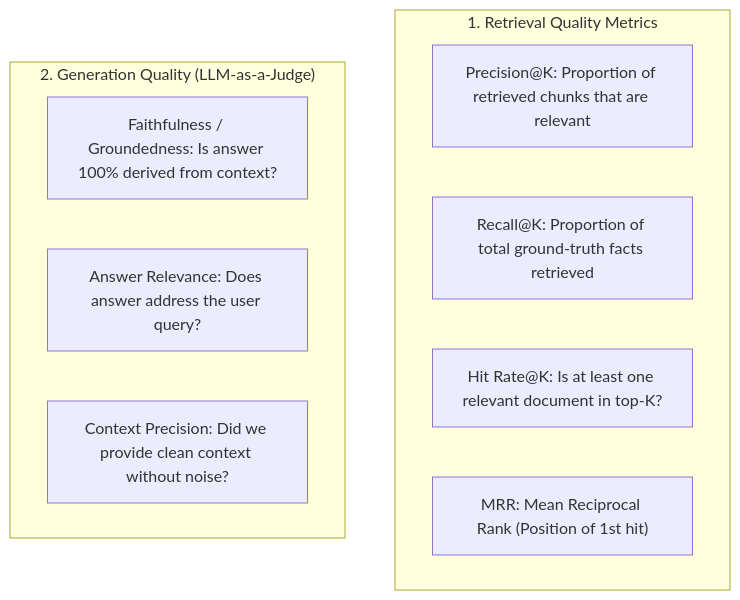
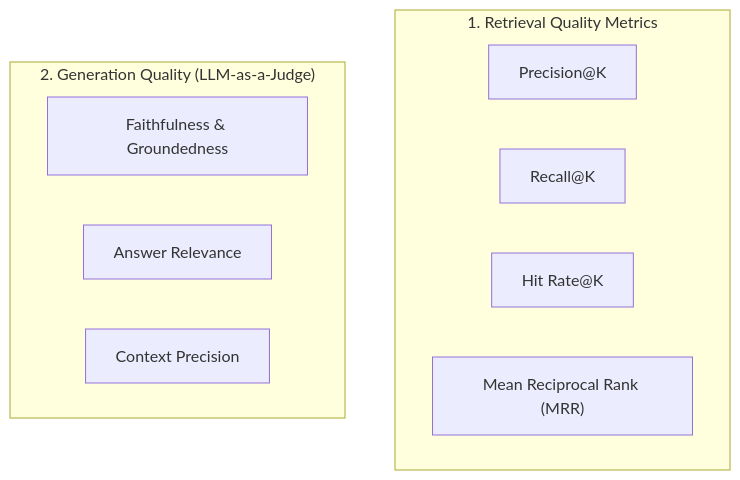
Before and after one commit to Souheil007/Rag_Full_Version: the diagram in plans/plan2.md, drawn with Mermaid. The commit also changed 6 other files, not shown here.

Commit message:
docs: standardize all Mermaid diagrams across docs and plans to clean flowchart format

````diff
--- a/plans/plan2.md
+++ b/plans/plan2.md
@@ -10,15 +10,15 @@
 ```mermaid
 flowchart TD
-    subgraph Retrieval_Metrics["1. Retrieval Quality Metrics"]
-        P["Precision@K: Proportion of retrieved chunks that are relevant"]
-        R["Recall@K: Proportion of total ground-truth facts retrieved"]
-        HR["Hit Rate@K: Is at least one relevant document in top-K?"]
-        MRR["MRR: Mean Reciprocal Rank (Position of 1st hit)"]
+    subgraph Retrieval ["1. Retrieval Quality Metrics"]
+        P["Precision@K"]
+        R["Recall@K"]
+        HR["Hit Rate@K"]
+        MRR["Mean Reciprocal Rank (MRR)"]
     end
 
-    subgraph Generation_Metrics["2. Generation Quality (LLM-as-a-Judge)"]
-        F["Faithfulness / Groundedness: Is answer 100% derived from context?"]
-        AR["Answer Relevance: Does answer address the user query?"]
-        CR["Context Precision: Did we provide clean context without noise?"]
+    subgraph Generation ["2. Generation Quality (LLM-as-a-Judge)"]
+        F["Faithfulness & Groundedness"]
+        AR["Answer Relevance"]
+        CR["Context Precision"]
     end
 ```
````
